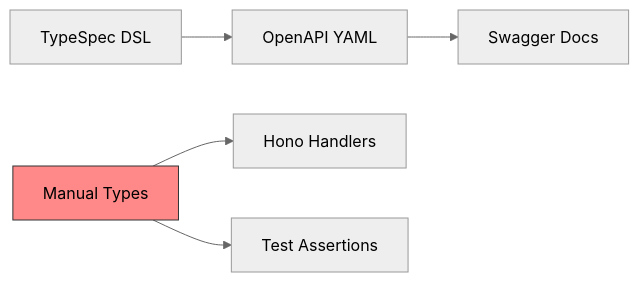
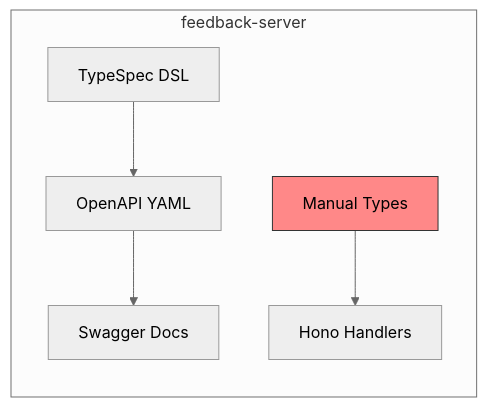
One commit to tobiashochguertel/react-feedback-widget changed the first of 2 diagrams in packages/feedback-server/docs/spec/004.api-first-technical-debt/README.md. Above: the diagram before and after it, drawn with Mermaid (neutral theme). The commit also changed other lines of this file, not shown here.

First line of the commit message:
docs(spec): update API-First Technical Debt spec to v2.0

````diff
--- a/packages/feedback-server/docs/spec/004.api-first-technical-debt/README.md
+++ b/packages/feedback-server/docs/spec/004.api-first-technical-debt/README.md
@@ -62,10 +74,10 @@
 ```mermaid
 graph LR
-    TypeSpec[TypeSpec DSL] --> OpenAPI[OpenAPI YAML]
-    OpenAPI --> Swagger[Swagger Docs]
-
-    Manual[Manual Types] --> Handlers[Hono Handlers]
-    Manual --> Tests[Test Assertions]
+    subgraph "feedback-server"
+        TypeSpec[TypeSpec DSL] --> OpenAPI[OpenAPI YAML]
+        OpenAPI --> Swagger[Swagger Docs]
+        Manual[Manual Types] --> Handlers[Hono Handlers]
+    end
 
     style Manual fill:#f88,stroke:#333
 ```
````
